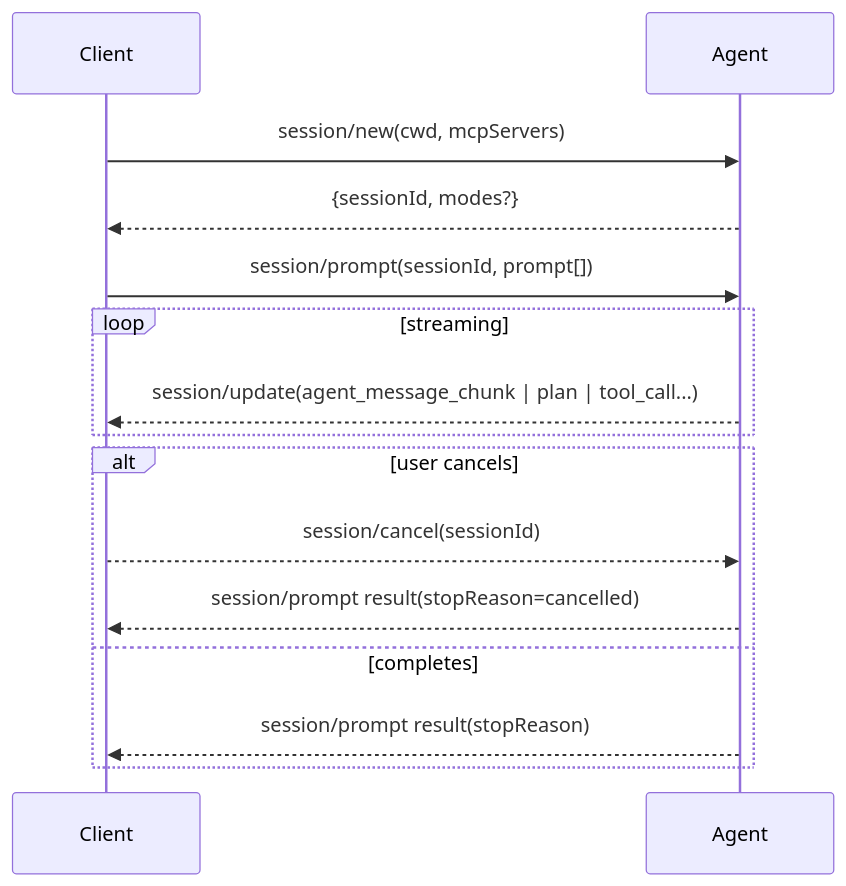
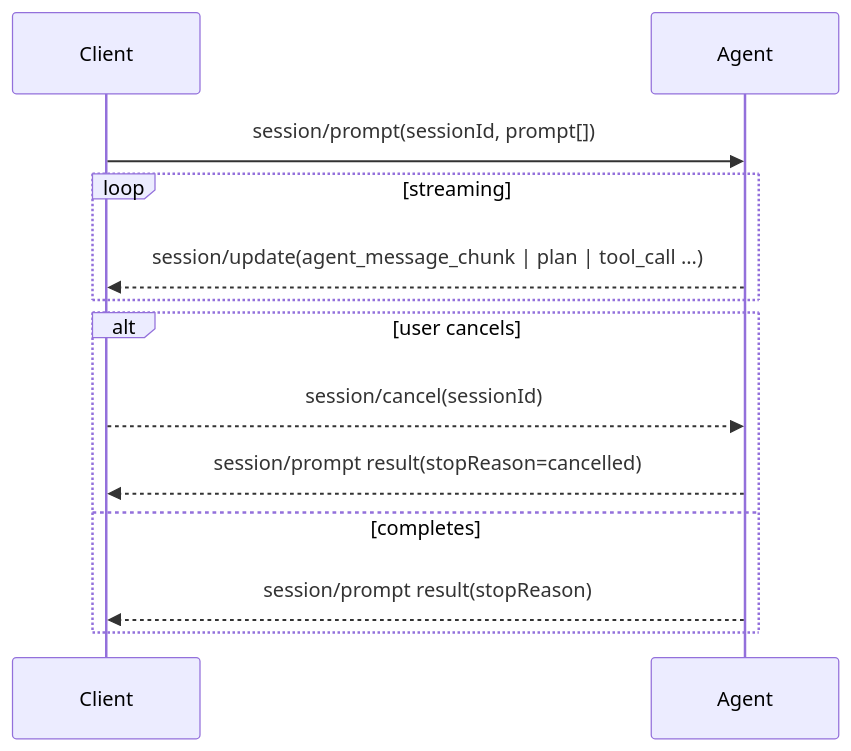
One commit to csells/dart_acp changed the third of 7 diagrams in specs/acp-client-best-practices.md. Above: the diagram before and after it, drawn with Mermaid. The commit also changed other lines of this file and 2 other files, not shown here.

````diff
--- a/specs/acp-client-best-practices.md
+++ b/specs/acp-client-best-practices.md
@@ -601,17 +281,15 @@
 ```mermaid
 sequenceDiagram
     participant C as Client
     participant A as Agent
-    C->>A: session/new(cwd, mcpServers)
-    A-->>C: {sessionId, modes?}
     C->>A: session/prompt(sessionId, prompt[])
     loop streaming
-      A-->>C: session/update(agent_message_chunk | plan | tool_call...)
+      A-->>C: session/update(agent_message_chunk | plan | tool_call ...)
     end
     alt user cancels
       C-->>A: session/cancel(sessionId)
       A-->>C: session/prompt result(stopReason=cancelled)
     else completes
       A-->>C: session/prompt result(stopReason)
     end
 ```
````
